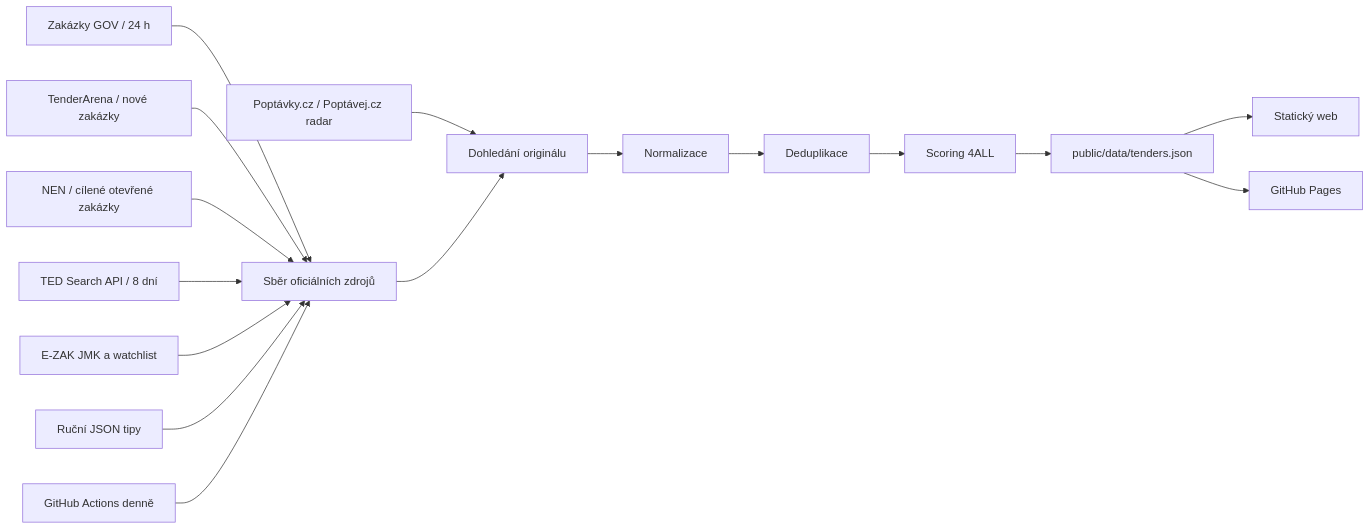
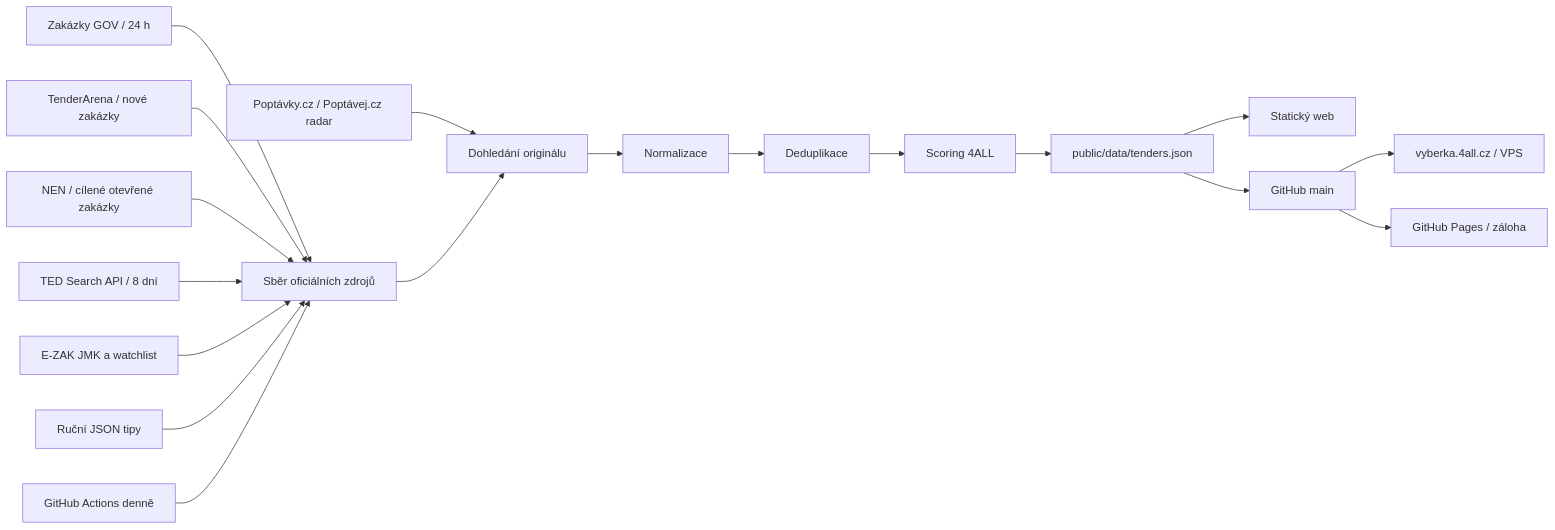
Before and after one commit to PaulCeap/4all-vyberka: the diagram in docs/architecture.md, drawn with Mermaid. The commit also changed other lines of this file and 25 other files, not shown here.

````diff
--- a/docs/architecture.md
+++ b/docs/architecture.md
@@ -5,18 +5,20 @@
 ```mermaid
 flowchart LR
   Z[Zakázky GOV / 24 h] --> C[Sběr oficiálních zdrojů]
   TA[TenderArena / nové zakázky] --> C
   NEN[NEN / cílené otevřené zakázky] --> C
   T[TED Search API / 8 dní] --> C
   E[E-ZAK JMK a watchlist] --> C
   M[Ruční JSON tipy] --> C
   R[Poptávky.cz / Poptávej.cz radar] --> O[Dohledání originálu]
   C --> O
   O --> N[Normalizace]
   N --> D[Deduplikace]
   D --> S[Scoring 4ALL]
   S --> J[public/data/tenders.json]
   J --> W[Statický web]
   G[GitHub Actions denně] --> C
-  J --> P[GitHub Pages]
+  J --> P[GitHub main]
+  P --> V[vyberka.4all.cz / VPS]
+  P --> B[GitHub Pages / záloha]
 ```
````
